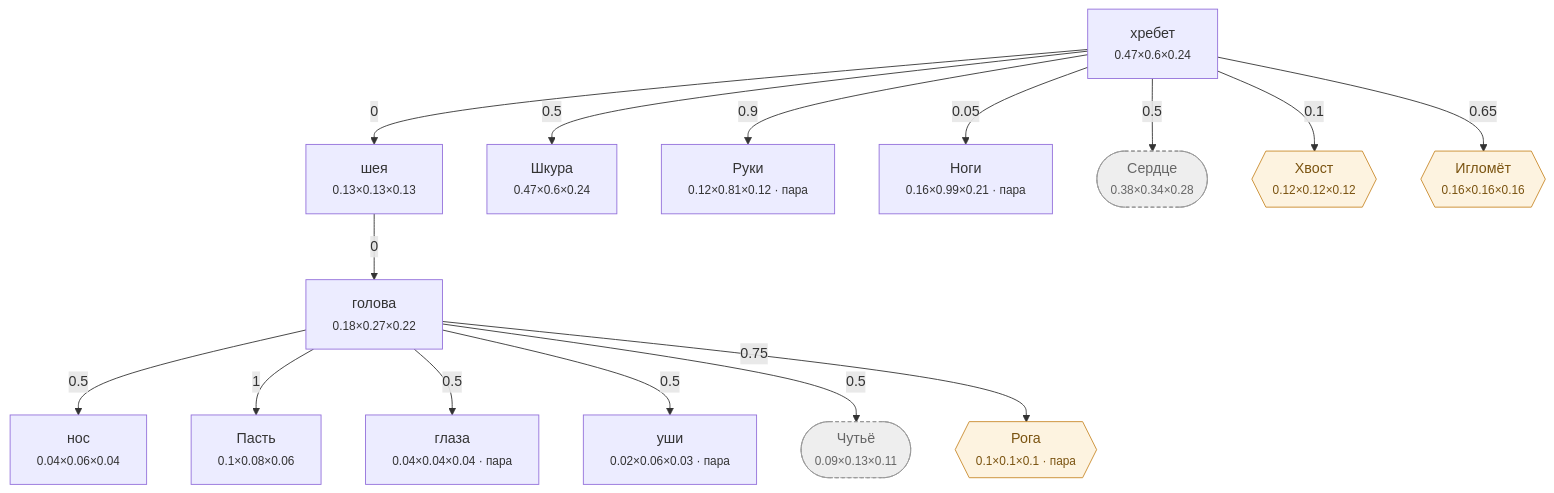
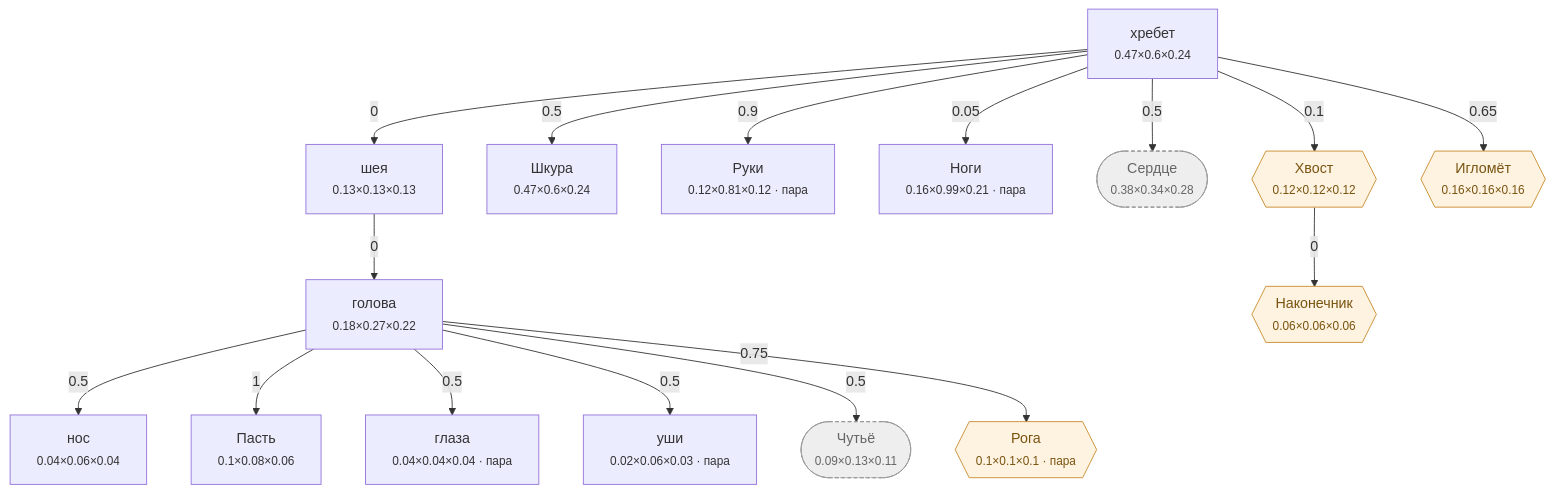
The diagram in Docs/Диаграммы/Человек.md (darklordshish/ChimeraEvolution-2026-06-26_15-29-59), drawn with Mermaid before and after one commit. The commit also changed other lines of this file and 17 other files, not shown here.

````diff
--- a/Docs/Диаграммы/Человек.md
+++ b/Docs/Диаграммы/Человек.md
@@ -103,39 +104,41 @@
 ```mermaid
 flowchart TD
     n0["хребет<br/><small>0.47×0.6×0.24</small>"]
     n1["нос<br/><small>0.04×0.06×0.04</small>"]
     n2["голова<br/><small>0.18×0.27×0.22</small>"]
     n3["Пасть<br/><small>0.1×0.08×0.06</small>"]
     n4["глаза<br/><small>0.04×0.04×0.04 · пара</small>"]
     n5["уши<br/><small>0.02×0.06×0.03 · пара</small>"]
     n6["шея<br/><small>0.13×0.13×0.13</small>"]
     n7["Шкура<br/><small>0.47×0.6×0.24</small>"]
     n8["Руки<br/><small>0.12×0.81×0.12 · пара</small>"]
     n9["Ноги<br/><small>0.16×0.99×0.21 · пара</small>"]
     n10(["Сердце<br/><small>0.38×0.34×0.28</small>"])
     n11(["Чутьё<br/><small>0.09×0.13×0.11</small>"])
     n12{{"Хвост<br/><small>0.12×0.12×0.12</small>"}}
     n13{{"Рога<br/><small>0.1×0.1×0.1 · пара</small>"}}
-    n14{{"Игломёт<br/><small>0.16×0.16×0.16</small>"}}
+    n14{{"Наконечник<br/><small>0.06×0.06×0.06</small>"}}
+    n15{{"Игломёт<br/><small>0.16×0.16×0.16</small>"}}
 
     n2 -->|0.5| n1
     n6 -->|0| n2
     n2 -->|1| n3
     n2 -->|0.5| n4
     n2 -->|0.5| n5
     n0 -->|0| n6
     n0 -->|0.5| n7
     n0 -->|0.9| n8
     n0 -->|0.05| n9
     n0 -->|0.5| n10
     n2 -->|0.5| n11
     n0 -->|0.1| n12
     n2 -->|0.75| n13
-    n0 -->|0.65| n14
+    n12 -->|0| n14
+    n0 -->|0.65| n15
 
     classDef hid fill:#eee,stroke:#999,stroke-dasharray:4 3,color:#666
     classDef gr fill:#fdf3e0,stroke:#c98a2b,color:#7a5310
     classDef ch fill:#e8f2ff,stroke:#3b74c4,color:#1c3f70
     class n10,n11 hid
-    class n12,n13,n14 gr
+    class n12,n13,n14,n15 gr
 ```
````
